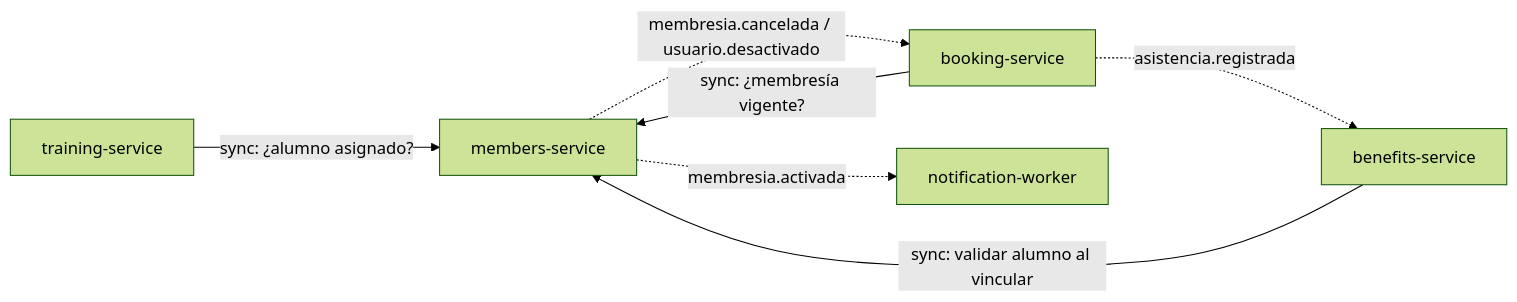
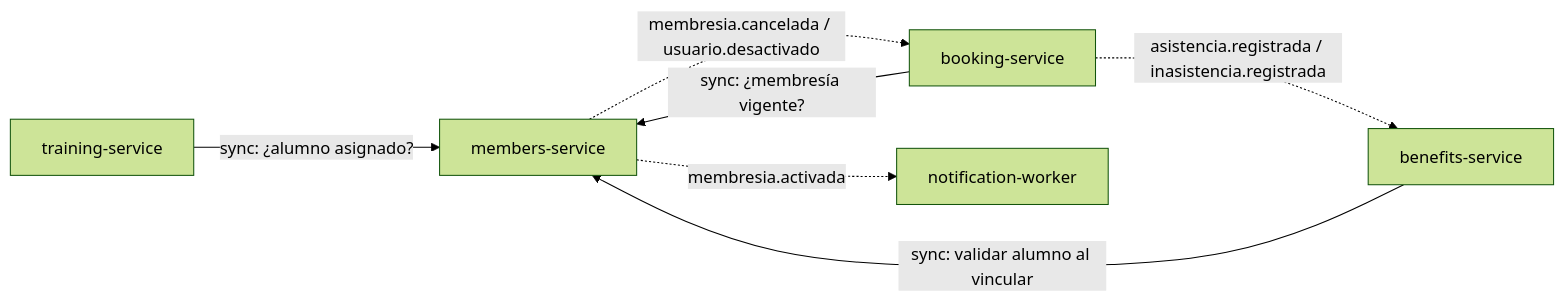
The diagram in docs/adr/ADR-001-limites-de-servicios.md (GuadiViti/Arquitectura-de-Software), drawn with Mermaid (forest theme) before and after one commit. The commit also changed other lines of this file, not shown here.

Commit message:
Actualizo ADR limites de servicios

````diff
--- a/docs/adr/ADR-001-limites-de-servicios.md
+++ b/docs/adr/ADR-001-limites-de-servicios.md
@@ -86,15 +86,15 @@
 ```mermaid
 flowchart LR
     members["members-service"]
     booking["booking-service"]
     benefits["benefits-service"]
     training["training-service"]
     notif["notification-worker"]
 
     booking -- "sync: ¿membresía vigente?" --> members
     training -- "sync: ¿alumno asignado?" --> members
     benefits -- "sync: validar alumno al vincular" --> members
     members -. "membresia.activada" .-> notif
-    booking -. "asistencia.registrada" .-> benefits
+    booking -. "asistencia.registrada / inasistencia.registrada" .-> benefits
     members -. "membresia.cancelada / usuario.desactivado" .-> booking
 ```
````
